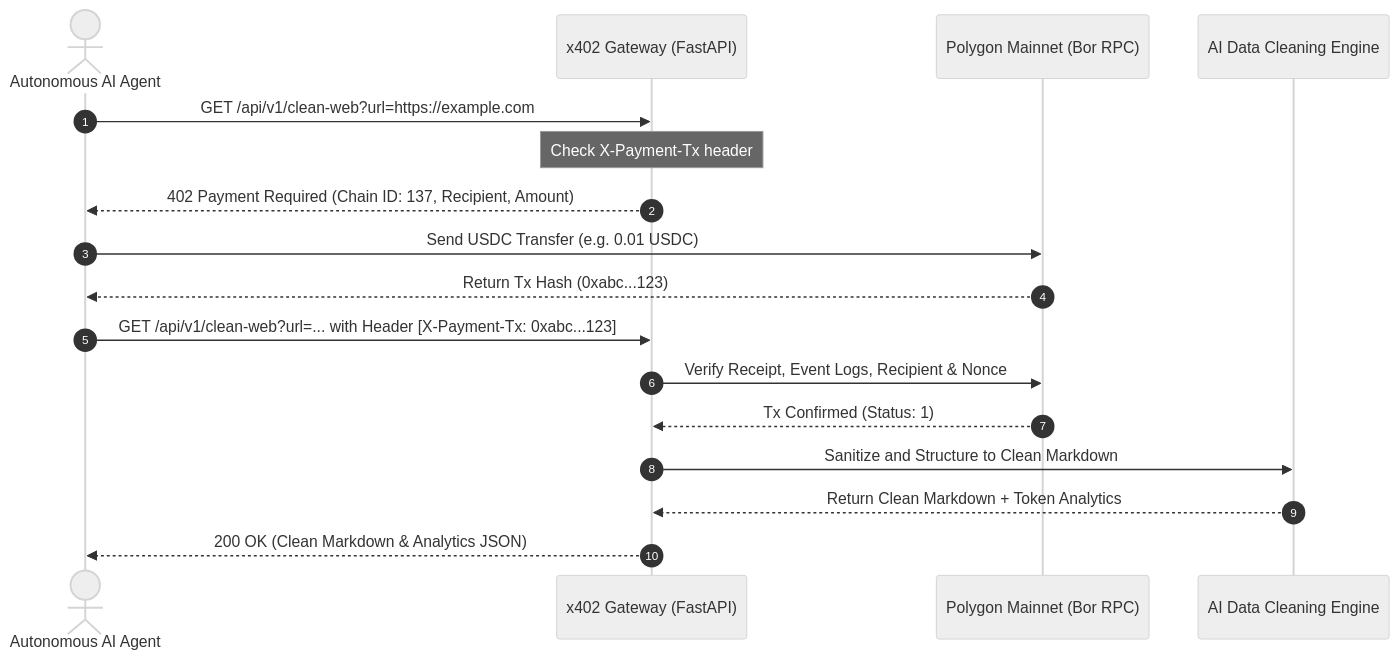
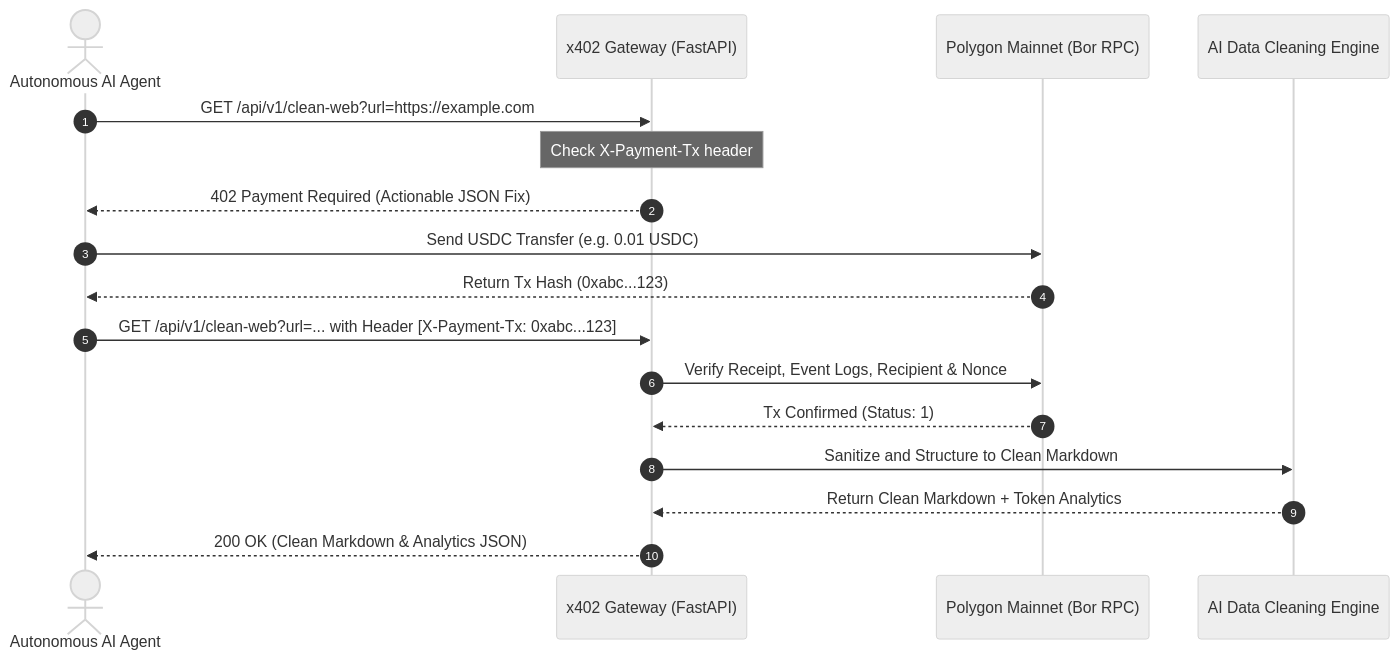
One commit to nohosa001-pixel/x402-cleanweb-agent changed the diagram in README.md. Above: the diagram before and after it, drawn with Mermaid (neutral theme). The commit also changed other lines of this file, not shown here.

````diff
--- a/README.md
+++ b/README.md
@@ -89,23 +126,23 @@
 ```mermaid
 sequenceDiagram
     autonumber
     actor Agent as Autonomous AI Agent
     participant Server as x402 Gateway (FastAPI)
     participant Polygon as Polygon Mainnet (Bor RPC)
     participant Scraper as AI Data Cleaning Engine
 
     Agent->>Server: GET /api/v1/clean-web?url=https://example.com
     Note over Server: Check X-Payment-Tx header
-    Server-->>Agent: 402 Payment Required (Chain ID: 137, Recipient, Amount)
+    Server-->>Agent: 402 Payment Required (Actionable JSON Fix)
     
     Agent->>Polygon: Send USDC Transfer (e.g. 0.01 USDC)
     Polygon-->>Agent: Return Tx Hash (0xabc...123)
     
     Agent->>Server: GET /api/v1/clean-web?url=... with Header [X-Payment-Tx: 0xabc...123]
     Server->>Polygon: Verify Receipt, Event Logs, Recipient & Nonce
     Polygon-->>Server: Tx Confirmed (Status: 1)
     
     Server->>Scraper: Sanitize and Structure to Clean Markdown
     Scraper-->>Server: Return Clean Markdown + Token Analytics
     Server-->>Agent: 200 OK (Clean Markdown & Analytics JSON)
 ```
````
